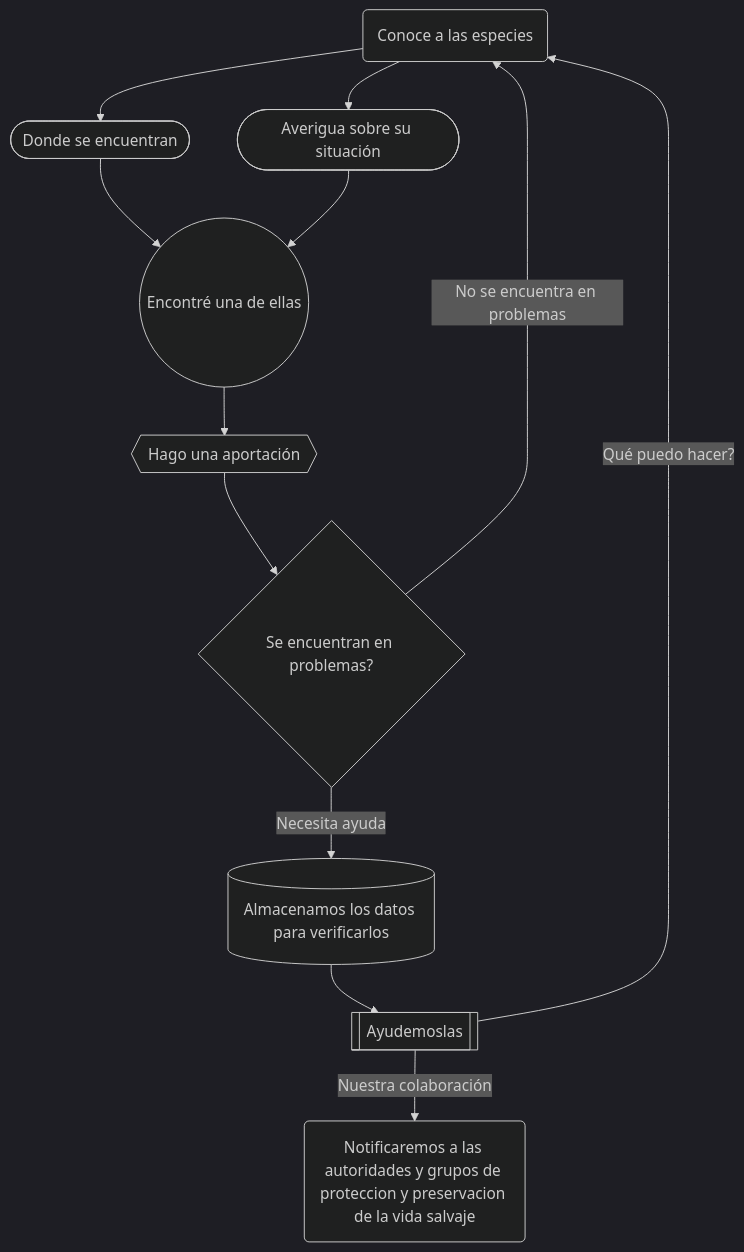
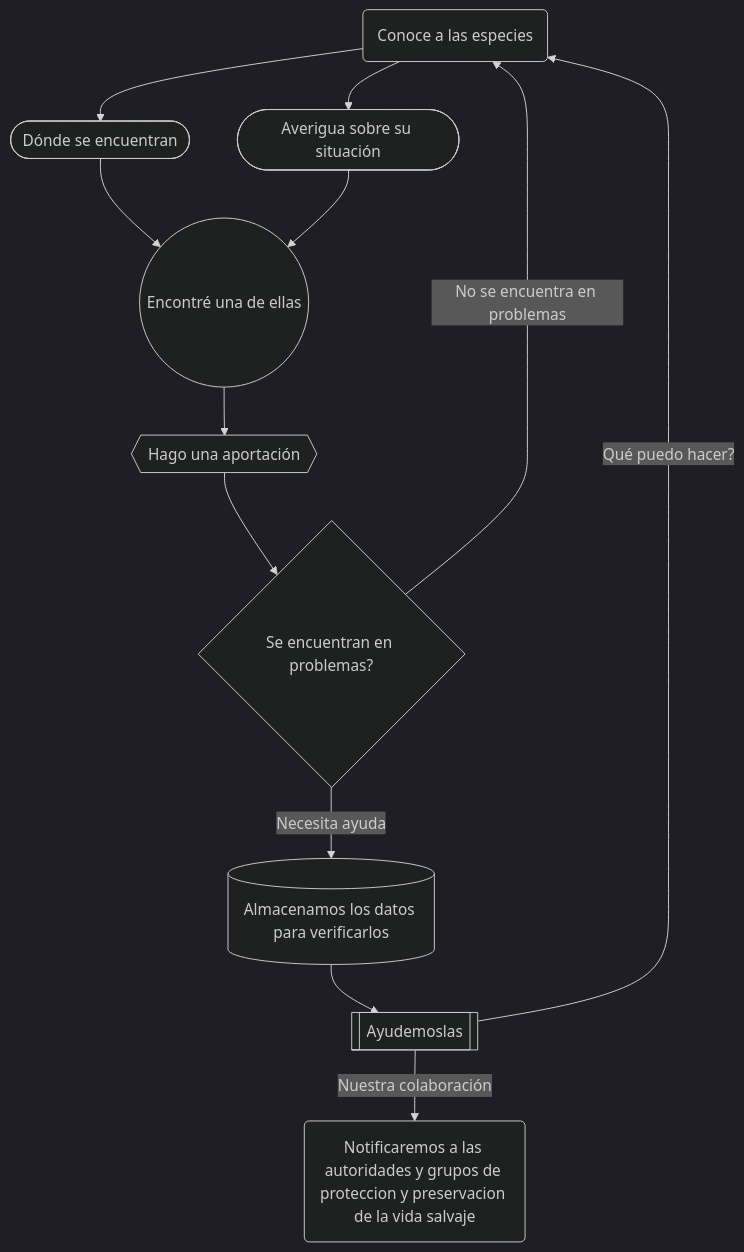
Before and after one commit to martinGM05/Hack-The-Ocean-Front: the first of 2 diagrams in README.md, drawn with Mermaid (dark theme).

````diff
--- a/README.md
+++ b/README.md
@@ -30,16 +30,16 @@
 ```mermaid
 flowchart TB
 id1-->id2 & id7-->id3-->id5-->id4--Necesita ayuda-->id6-->id8--Qué puedo hacer?-->id1
 id4--No se encuentra en problemas-->id1
 id8--Nuestra colaboración-->id9
  
 id1(Conoce a las especies)
-id2([Donde se encuentran])
+id2([Dónde se encuentran])
 id3((Encontré una de ellas))
 id4{Se encuentran en problemas?}
 id5{{Hago una aportación}}
 id6[(Almacenamos los datos para verificarlos)]
 id7([Averigua sobre su situación])
 id8[[Ayudemoslas]]
 id9(Notificaremos a las autoridades y grupos de proteccion y preservacion de la vida salvaje)
 ```
````
